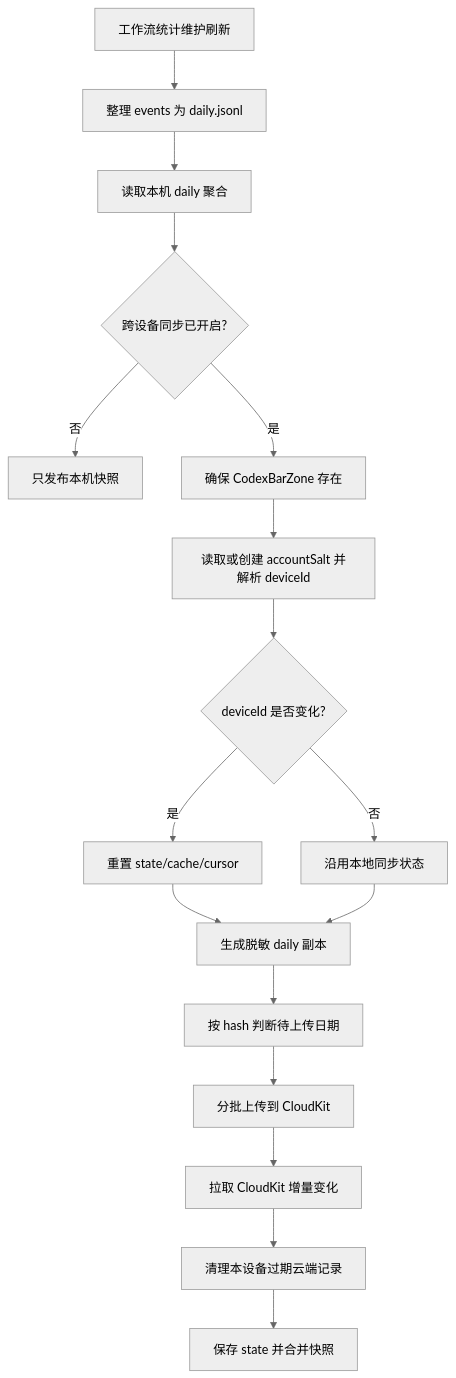
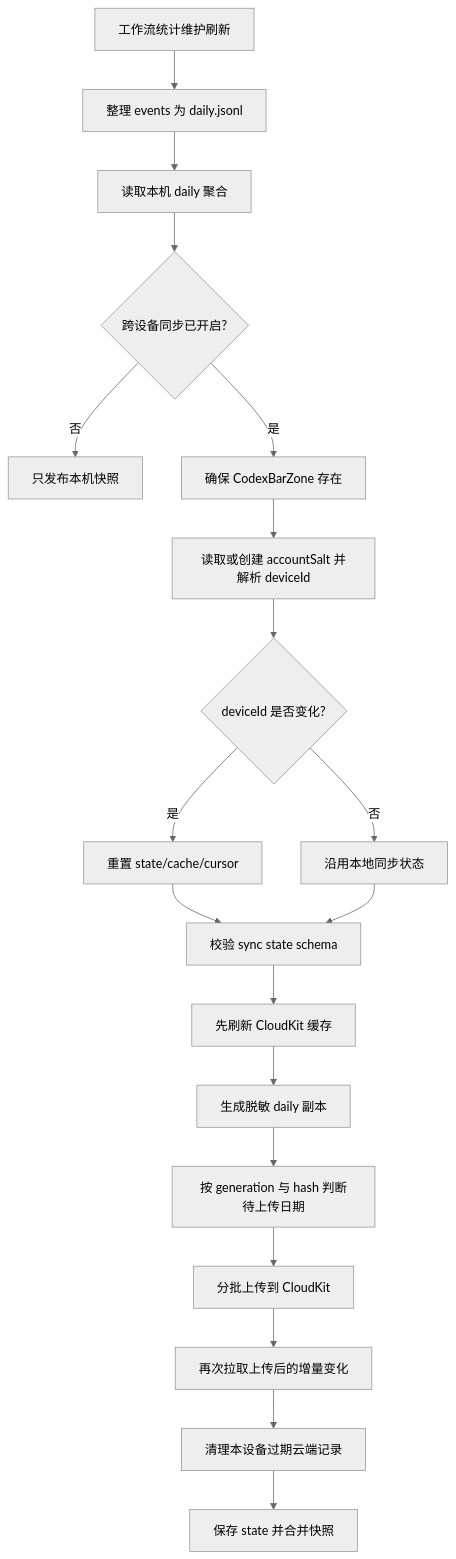
Before and after one commit to bob-zebedy/CodexBar: the diagram in Docs/CrossDeviceSync.md, drawn with Mermaid (neutral theme). The commit also changed other lines of this file and 18 other files, not shown here.

````diff
--- a/Docs/CrossDeviceSync.md
+++ b/Docs/CrossDeviceSync.md
@@ -239,19 +241,21 @@
 ```mermaid
 flowchart TD
     A["工作流统计维护刷新"] --> B["整理 events 为 daily.jsonl"]
     B --> C["读取本机 daily 聚合"]
     C --> D{"跨设备同步已开启?"}
     D -- "否" --> E["只发布本机快照"]
     D -- "是" --> Z["确保 CodexBarZone 存在"]
     Z --> F["读取或创建 accountSalt 并解析 deviceId"]
     F --> G{"deviceId 是否变化?"}
     G -- "是" --> H["重置 state/cache/cursor"]
     G -- "否" --> I["沿用本地同步状态"]
-    H --> J["生成脱敏 daily 副本"]
-    I --> J
-    J --> K["按 hash 判断待上传日期"]
+    H --> Q["校验 sync state schema"]
+    I --> Q
+    Q --> P["先刷新 CloudKit 缓存"]
+    P --> J["生成脱敏 daily 副本"]
+    J --> K["按 generation 与 hash 判断待上传日期"]
     K --> L["分批上传到 CloudKit"]
-    L --> M["拉取 CloudKit 增量变化"]
+    L --> M["再次拉取上传后的增量变化"]
     M --> N["清理本设备过期云端记录"]
     N --> O["保存 state 并合并快照"]
 ```
````
